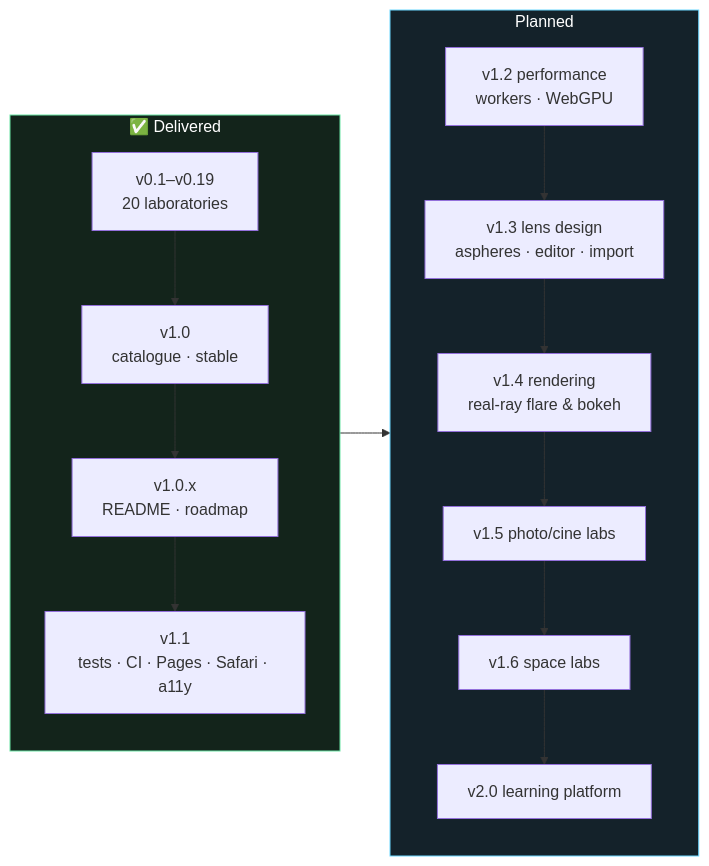
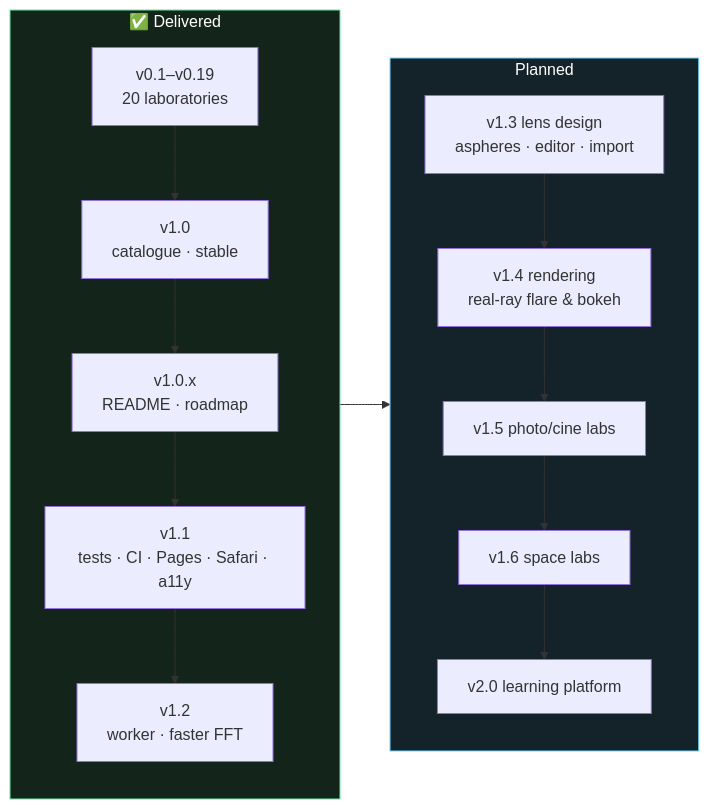
Before and after one commit to iiogurt/Optica_Viva: the diagram in ROADMAP.md, drawn with Mermaid. The commit also changed other lines of this file and 4 other files, not shown here.

````diff
--- a/ROADMAP.md
+++ b/ROADMAP.md
@@ -50,15 +50,15 @@
 ```mermaid
 flowchart LR
     subgraph Done["✅ Delivered"]
         direction TB
-        D0["v0.1–v0.19<br/>20 laboratories"] --> D1["v1.0<br/>catalogue · stable"] --> D2["v1.0.x<br/>README · roadmap"] --> D3["v1.1<br/>tests · CI · Pages · Safari · a11y"]
+        D0["v0.1–v0.19<br/>20 laboratories"] --> D1["v1.0<br/>catalogue · stable"] --> D2["v1.0.x<br/>README · roadmap"] --> D3["v1.1<br/>tests · CI · Pages · Safari · a11y"] --> D4["v1.2<br/>worker · faster FFT"]
     end
     subgraph Next["Planned"]
         direction TB
-        N2["v1.2 performance<br/>workers · WebGPU"] --> N3["v1.3 lens design<br/>aspheres · editor · import"]
+        N3["v1.3 lens design<br/>aspheres · editor · import"]
         N3 --> N4["v1.4 rendering<br/>real-ray flare & bokeh"] --> N5["v1.5 photo/cine labs"] --> N6["v1.6 space labs"] --> N7["v2.0 learning platform"]
     end
     Done --> Next
     style Done fill:#13241b,stroke:#6be3a4,color:#fff
     style Next fill:#14222a,stroke:#6ad7ff,color:#fff
 ```
````
